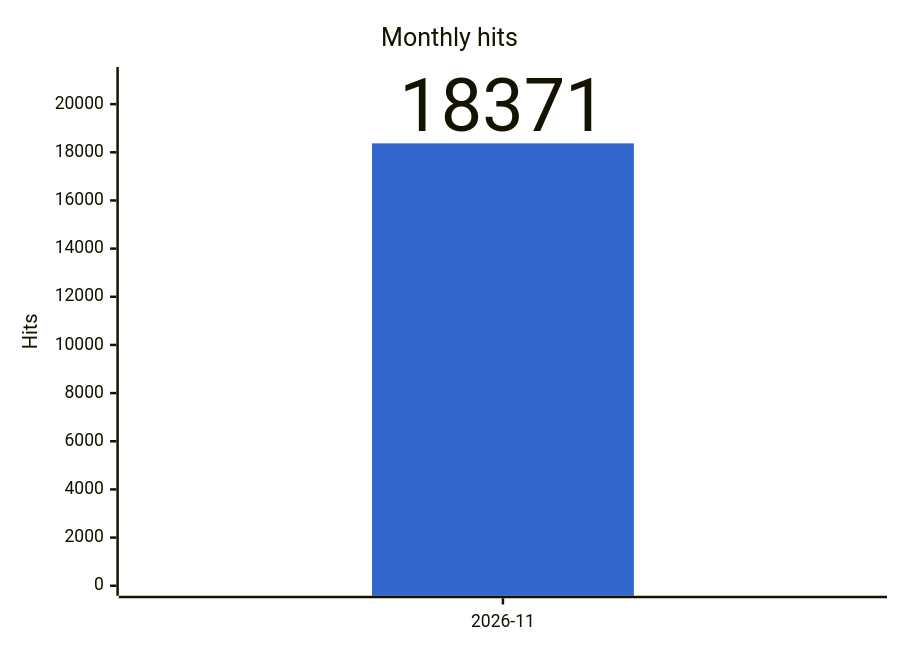
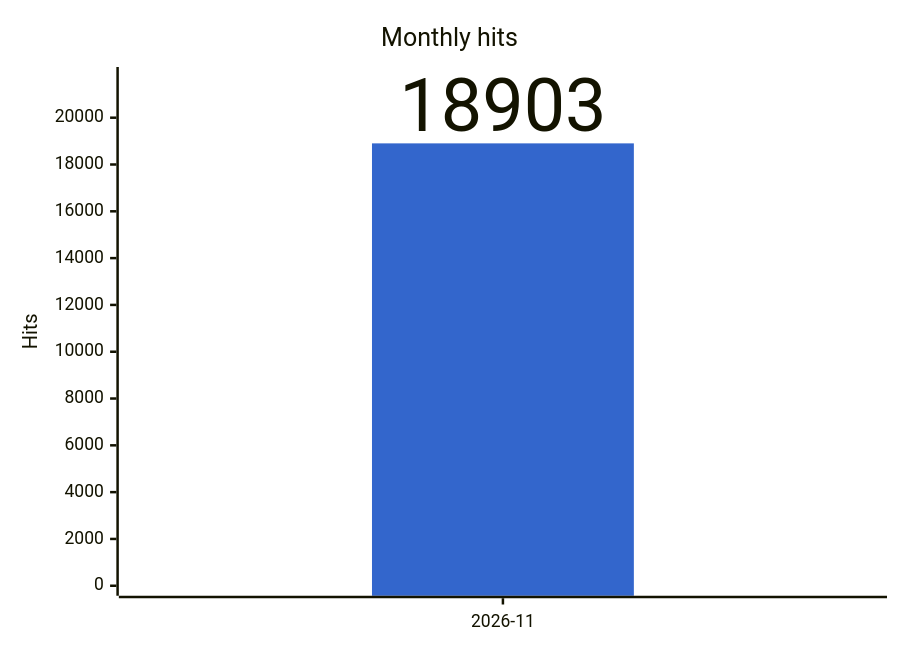
The fourth of 4 diagrams in docs/stats.md (gmoulard/wikipedia2book), drawn with Mermaid before and after one commit. The commit also changed other lines of this file and 3 other files, not shown here.

````diff
--- a/docs/stats.md
+++ b/docs/stats.md
@@ -54,8 +54,8 @@
 ```mermaid
 %%{init: {"xyChart": {"width": 700, "showDataLabel": true, "showDataLabelOutsideBar": true}, "themeVariables": {"xyChart": {"plotColorPalette": "#3366cc"}}}}%%
 xychart-beta
     title "Monthly hits"
     x-axis ["2026-11"]
-    y-axis "Hits" 0 --> 21127
-    bar [18371]
+    y-axis "Hits" 0 --> 21739
+    bar [18903]
 ```
````
